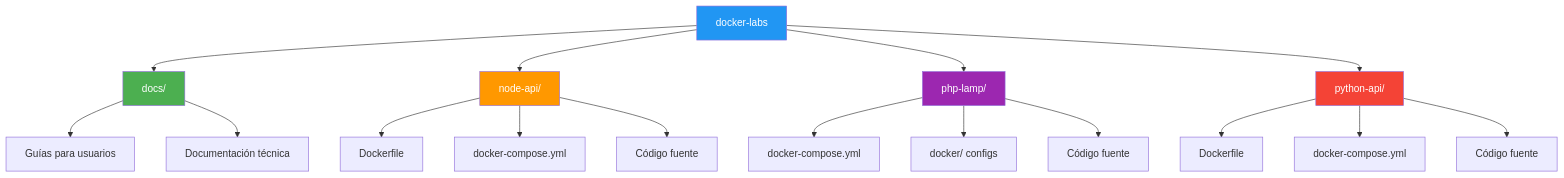
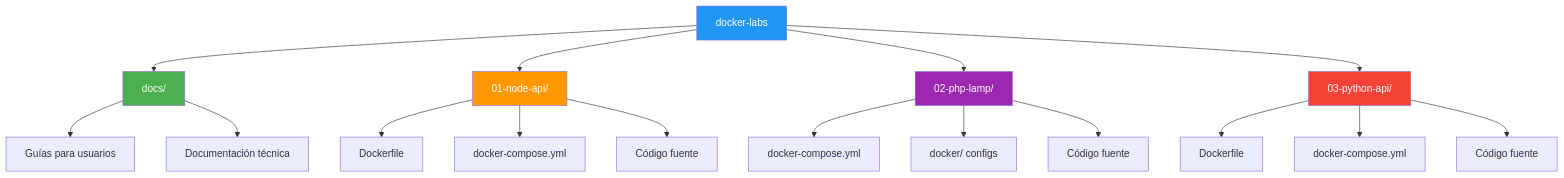
Before and after one commit to vladimiracunadev-create/docker-labs: the first of 5 diagrams in docs/ARCHITECTURE.md, drawn with Mermaid. The commit also changed other lines of this file and 32 other files, not shown here.

````diff
--- a/docs/ARCHITECTURE.md
+++ b/docs/ARCHITECTURE.md
@@ -19,28 +19,28 @@
 ```mermaid
 graph TD
     A[docker-labs] --> B[docs/]
-    A --> C[node-api/]
-    A --> D[php-lamp/]
-    A --> E[python-api/]
+    A --> C[01-node-api/]
+    A --> D[02-php-lamp/]
+    A --> E[03-python-api/]
     
     B --> B1[Guías para usuarios]
     B --> B2[Documentación técnica]
     
     C --> C1[Dockerfile]
     C --> C2[docker-compose.yml]
     C --> C3[Código fuente]
     
     D --> D1[docker-compose.yml]
     D --> D2[docker/ configs]
     D --> D3[Código fuente]
     
     E --> E1[Dockerfile]
     E --> E2[docker-compose.yml]
     E --> E3[Código fuente]
     
     style A fill:#2196F3,color:#fff
     style B fill:#4CAF50,color:#fff
     style C fill:#FF9800,color:#fff
     style D fill:#9C27B0,color:#fff
     style E fill:#F44336,color:#fff
 ```
````
